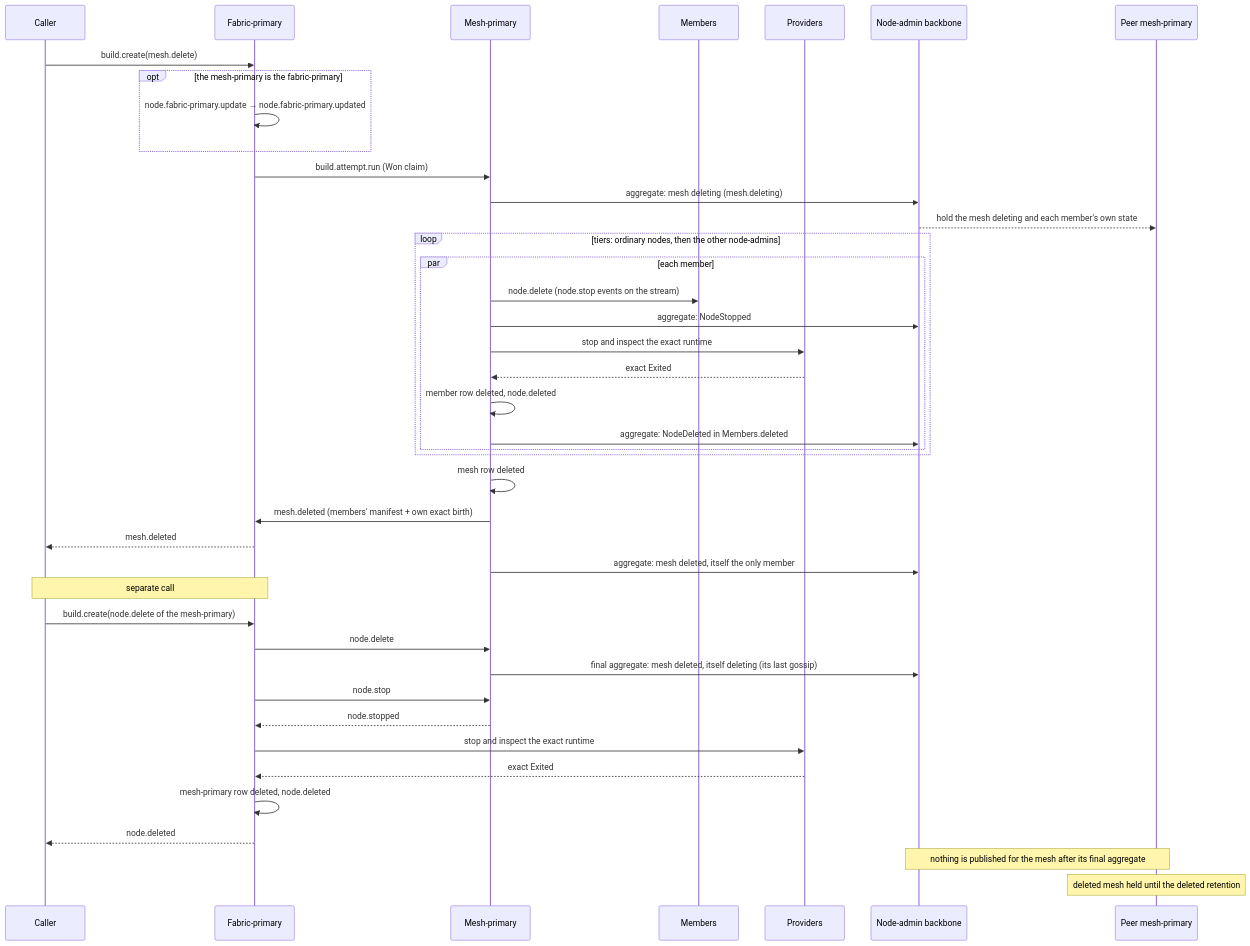
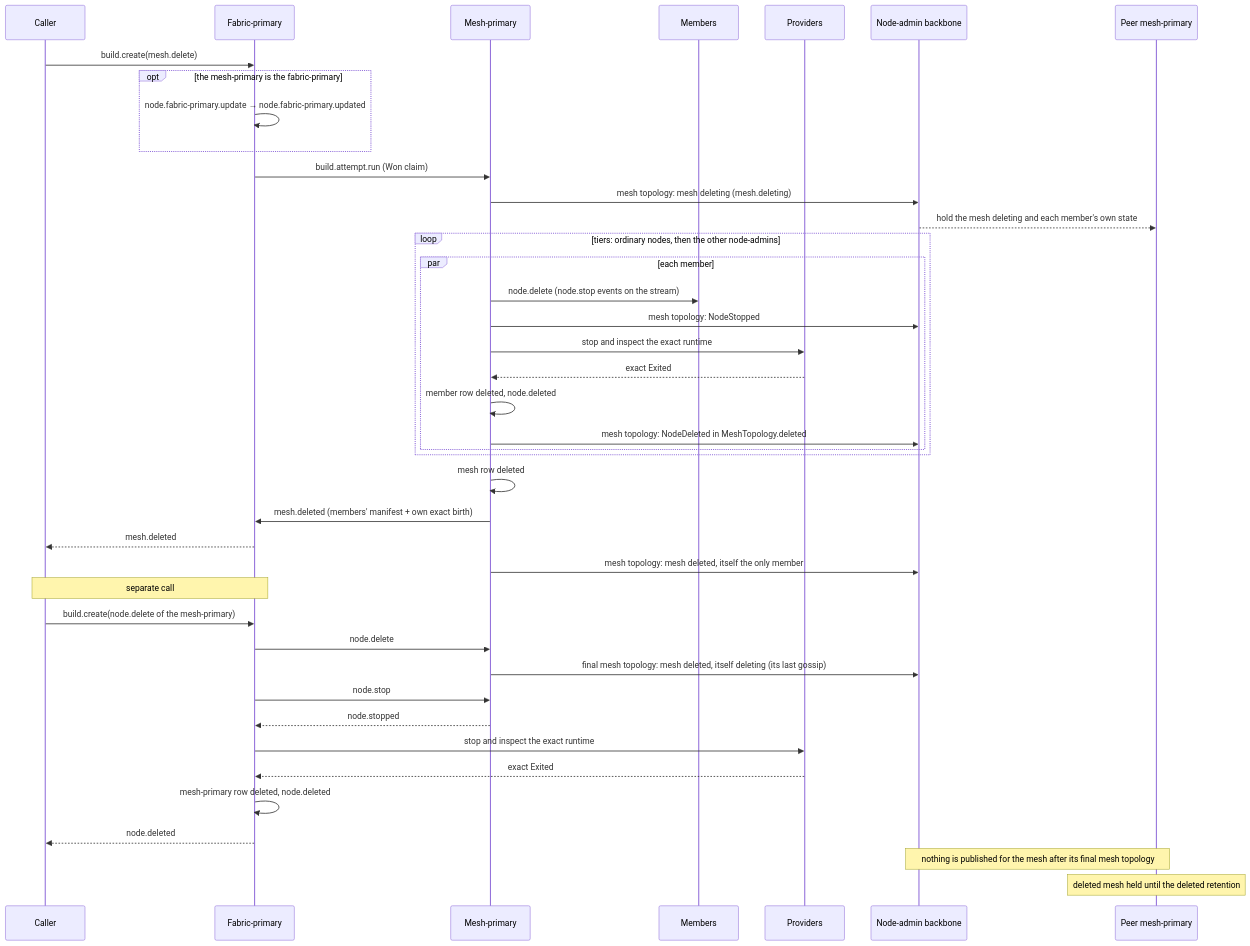
The diagram in docs/architecture/lifecycles/mesh-delete.md (drlukeangel/rust-distributed-mesh), drawn with Mermaid before and after one commit. The commit also changed other lines of this file and 90 other files, not shown here.

First line of the commit message:
docs+fix(Q201): the mesh-primary publishes its mesh topology on the backbone: the frame `Members` is `MeshTopology`, its delta `MeshTopologyDelta`; "aggregate" is dropped

````diff
--- a/docs/architecture/lifecycles/mesh-delete.md
+++ b/docs/architecture/lifecycles/mesh-delete.md
@@ -196,43 +196,43 @@
 ```mermaid
 sequenceDiagram
     participant C as Caller
     participant F as Fabric-primary
     participant M as Mesh-primary
     participant N as Members
     participant P as Providers
     participant B as Node-admin backbone
     participant R as Peer mesh-primary
     C->>F: build.create(mesh.delete)
     opt the mesh-primary is the fabric-primary
         F->>F: node.fabric-primary.update → node.fabric-primary.updated
     end
     F->>M: build.attempt.run (Won claim)
-    M->>B: aggregate: mesh deleting (mesh.deleting)
+    M->>B: mesh topology: mesh deleting (mesh.deleting)
     B-->>R: hold the mesh deleting and each member's own state
     loop tiers: ordinary nodes, then the other node-admins
         par each member
             M->>N: node.delete (node.stop events on the stream)
-            M->>B: aggregate: NodeStopped
+            M->>B: mesh topology: NodeStopped
             M->>P: stop and inspect the exact runtime
             P-->>M: exact Exited
             M->>M: member row deleted, node.deleted
-            M->>B: aggregate: NodeDeleted in Members.deleted
+            M->>B: mesh topology: NodeDeleted in MeshTopology.deleted
         end
     end
     M->>M: mesh row deleted
     M->>F: mesh.deleted (members' manifest + own exact birth)
     F-->>C: mesh.deleted
-    M->>B: aggregate: mesh deleted, itself the only member
+    M->>B: mesh topology: mesh deleted, itself the only member
     Note over C,F: separate call
     C->>F: build.create(node.delete of the mesh-primary)
     F->>M: node.delete
-    M->>B: final aggregate: mesh deleted, itself deleting (its last gossip)
+    M->>B: final mesh topology: mesh deleted, itself deleting (its last gossip)
     F->>M: node.stop
     M-->>F: node.stopped
     F->>P: stop and inspect the exact runtime
     P-->>F: exact Exited
     F->>F: mesh-primary row deleted, node.deleted
     F-->>C: node.deleted
-    Note over B,R: nothing is published for the mesh after its final aggregate
+    Note over B,R: nothing is published for the mesh after its final mesh topology
     Note over R: deleted mesh held until the deleted retention
 ```
````
